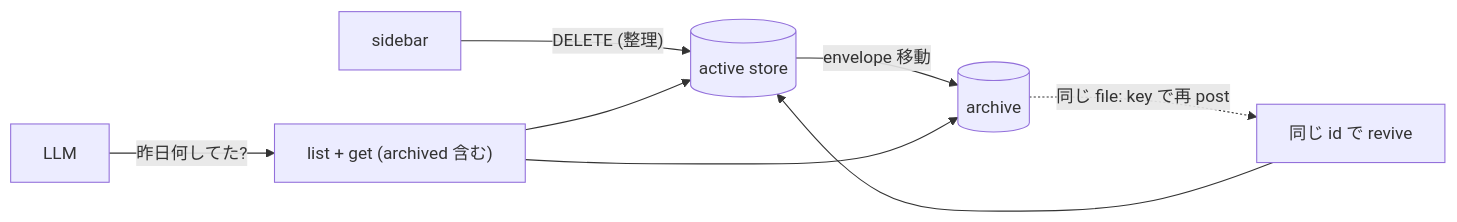
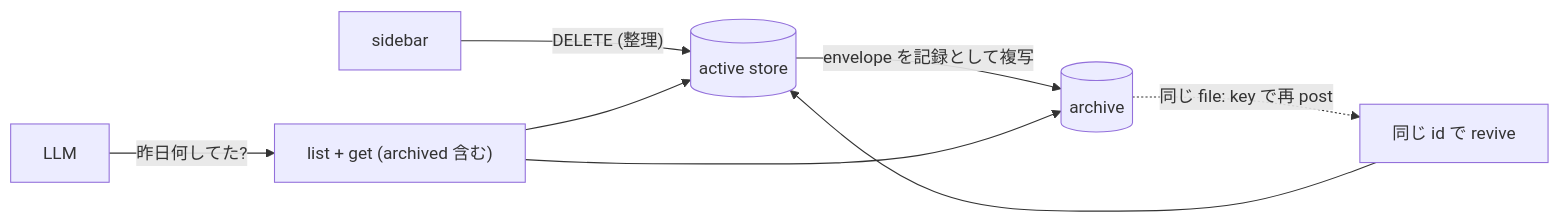
Before and after one commit to wwwyo/syokan: the diagram in docs/prd/snapshot-archive/prd.md, drawn with Mermaid. The commit also changed other lines of this file, not shown here.

First line of the commit message:
docs(prd): archive の generation 意味論と sync 先の制約を明記

````diff
--- a/docs/prd/snapshot-archive/prd.md
+++ b/docs/prd/snapshot-archive/prd.md
@@ -15,10 +15,10 @@
 ```mermaid
 flowchart LR
     sidebar -->|"DELETE (整理)"| active[(active store)]
-    active -->|"envelope 移動"| archive[(archive)]
+    active -->|"envelope を記録として複写"| archive[(archive)]
     llm[LLM] -->|"昨日何してた?"| query["list + get (archived 含む)"]
     query --> active
     query --> archive
     archive -.->|"同じ file: key で再 post"| revive["同じ id で revive"]
     revive --> active
 ```
````
